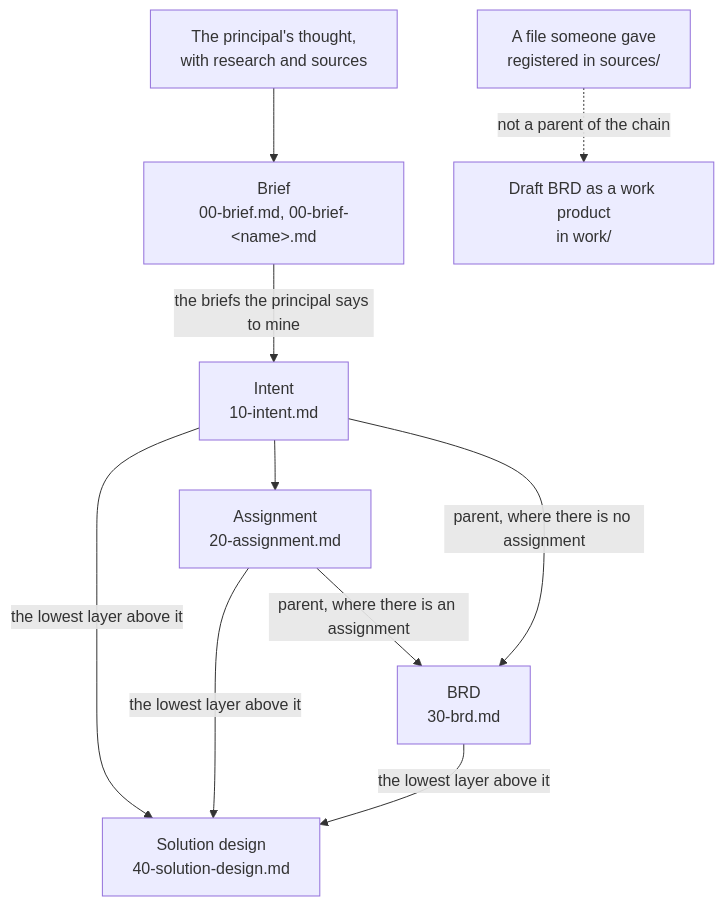
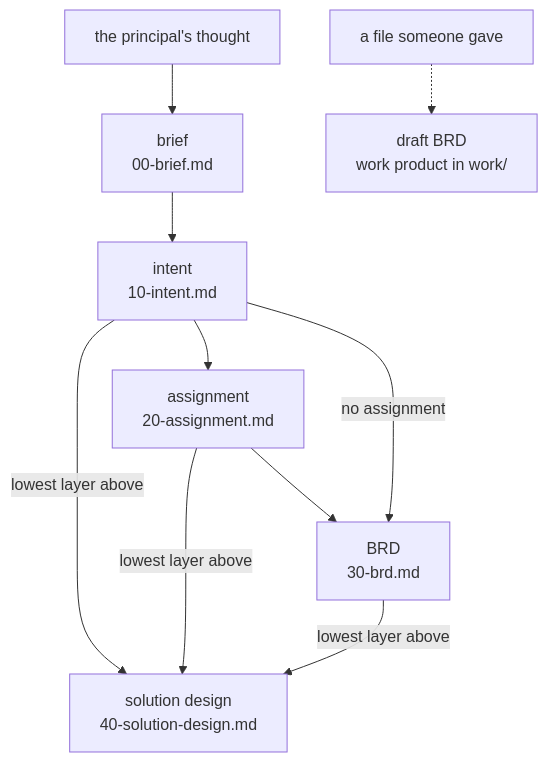
The diagram in docs/about/the-document-chain.md (pche-broken-artist/forge-of-thought), drawn with Mermaid before and after one commit. The commit also changed other lines of this file and 54 other files, not shown here.

````diff
--- a/docs/about/the-document-chain.md
+++ b/docs/about/the-document-chain.md
@@ -102,12 +105,12 @@
 ```mermaid
 flowchart TD
-    T["The principal's thought,<br/>with research and sources"] --> B["Brief<br/>00-brief.md, 00-brief-&lt;name&gt;.md"]
-    B -->|"the briefs the principal says to mine"| I["Intent<br/>10-intent.md"]
-    I --> A["Assignment<br/>20-assignment.md"]
-    A -->|"parent, where there is an assignment"| R["BRD<br/>30-brd.md"]
-    I -->|"parent, where there is no assignment"| R
-    F["A file someone gave<br/>registered in sources/"] -.->|"not a parent of the chain"| W["Draft BRD as a work product<br/>in work/"]
-    I -->|"the lowest layer above it"| S["Solution design<br/>40-solution-design.md"]
-    A -->|"the lowest layer above it"| S
-    R -->|"the lowest layer above it"| S
+    T["the principal's thought"] --> B["brief<br/>00-brief.md"]
+    B --> I["intent<br/>10-intent.md"]
+    I --> A["assignment<br/>20-assignment.md"]
+    A --> R["BRD<br/>30-brd.md"]
+    I -->|"no assignment"| R
+    F["a file someone gave"] -.-> W["draft BRD<br/>work product in work/"]
+    I -->|"lowest layer above"| S["solution design<br/>40-solution-design.md"]
+    A -->|"lowest layer above"| S
+    R -->|"lowest layer above"| S
 ```
````
